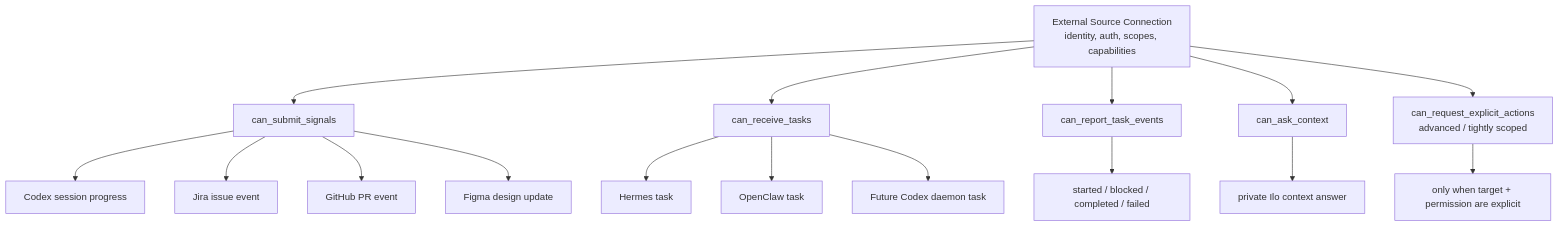
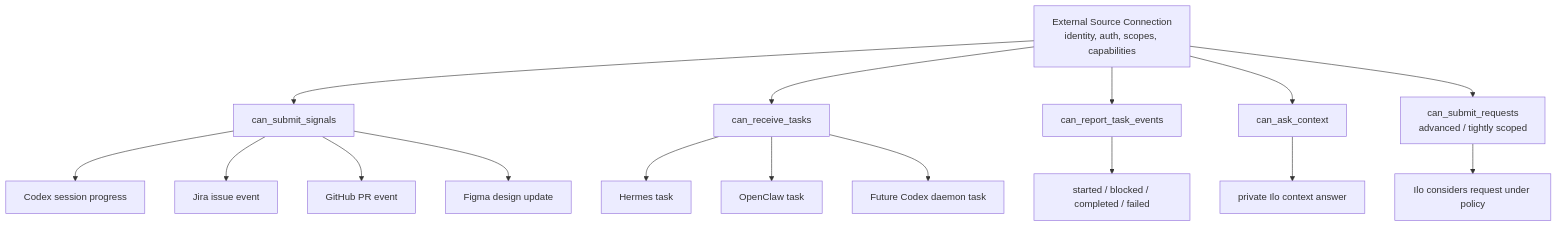
The second of 7 diagrams in docs/prd-inbound-coordination-layer.md (Illospace/illospace), drawn with Mermaid before and after one commit. The commit also changed other lines of this file, not shown here.

````diff
--- a/docs/prd-inbound-coordination-layer.md
+++ b/docs/prd-inbound-coordination-layer.md
@@ -264,23 +356,23 @@
 ```mermaid
 flowchart TD
     Conn["External Source Connection<br/>identity, auth, scopes, capabilities"]
 
     Conn --> Signals["can_submit_signals"]
     Conn --> Tasks["can_receive_tasks"]
     Conn --> TaskEvents["can_report_task_events"]
     Conn --> Context["can_ask_context"]
-    Conn --> Explicit["can_request_explicit_actions<br/>advanced / tightly scoped"]
+    Conn --> Requests["can_submit_requests<br/>advanced / tightly scoped"]
 
     Signals --> S1["Codex session progress"]
     Signals --> S2["Jira issue event"]
     Signals --> S3["GitHub PR event"]
     Signals --> S4["Figma design update"]
 
     Tasks --> T1["Hermes task"]
     Tasks --> T2["OpenClaw task"]
     Tasks --> T3["Future Codex daemon task"]
 
     TaskEvents --> R1["started / blocked / completed / failed"]
     Context --> C1["private Ilo context answer"]
-    Explicit --> E1["only when target + permission are explicit"]
+    Requests --> E1["Ilo considers request under policy"]
 ```
````
